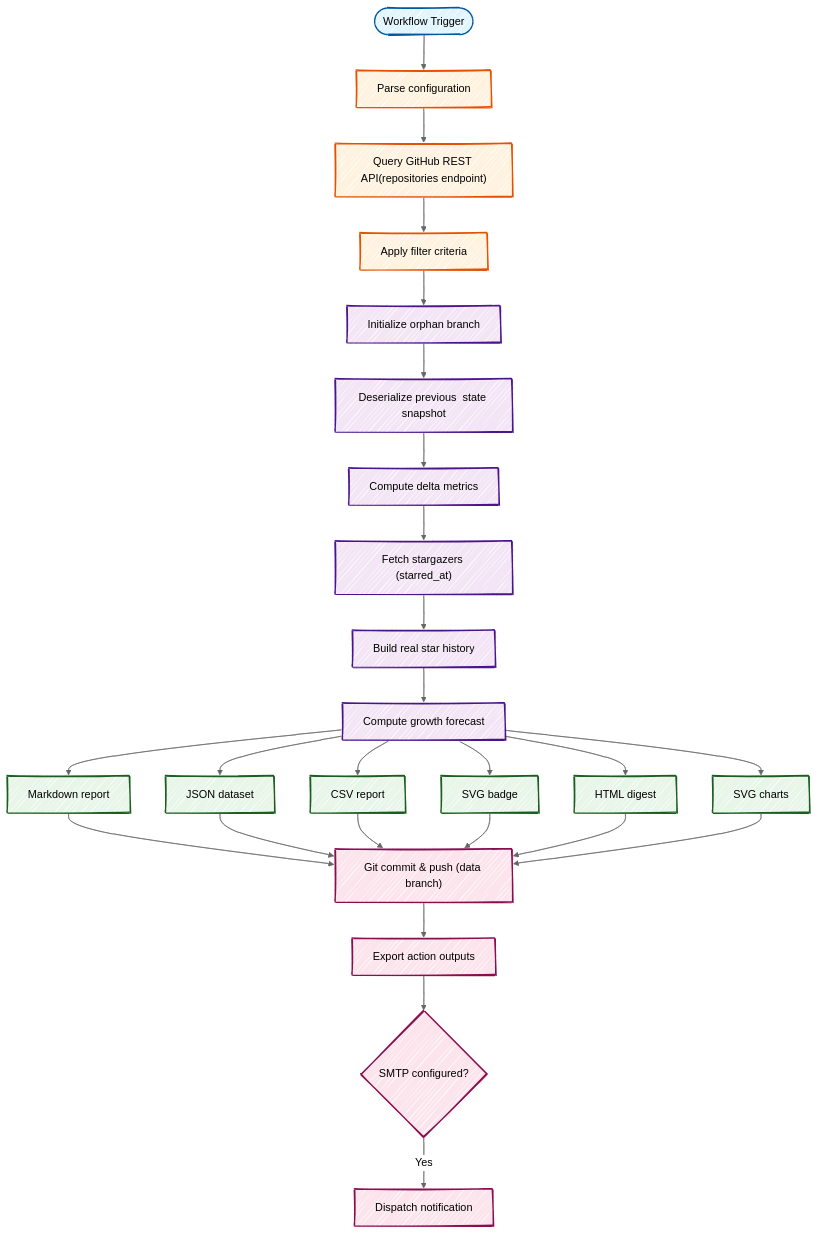
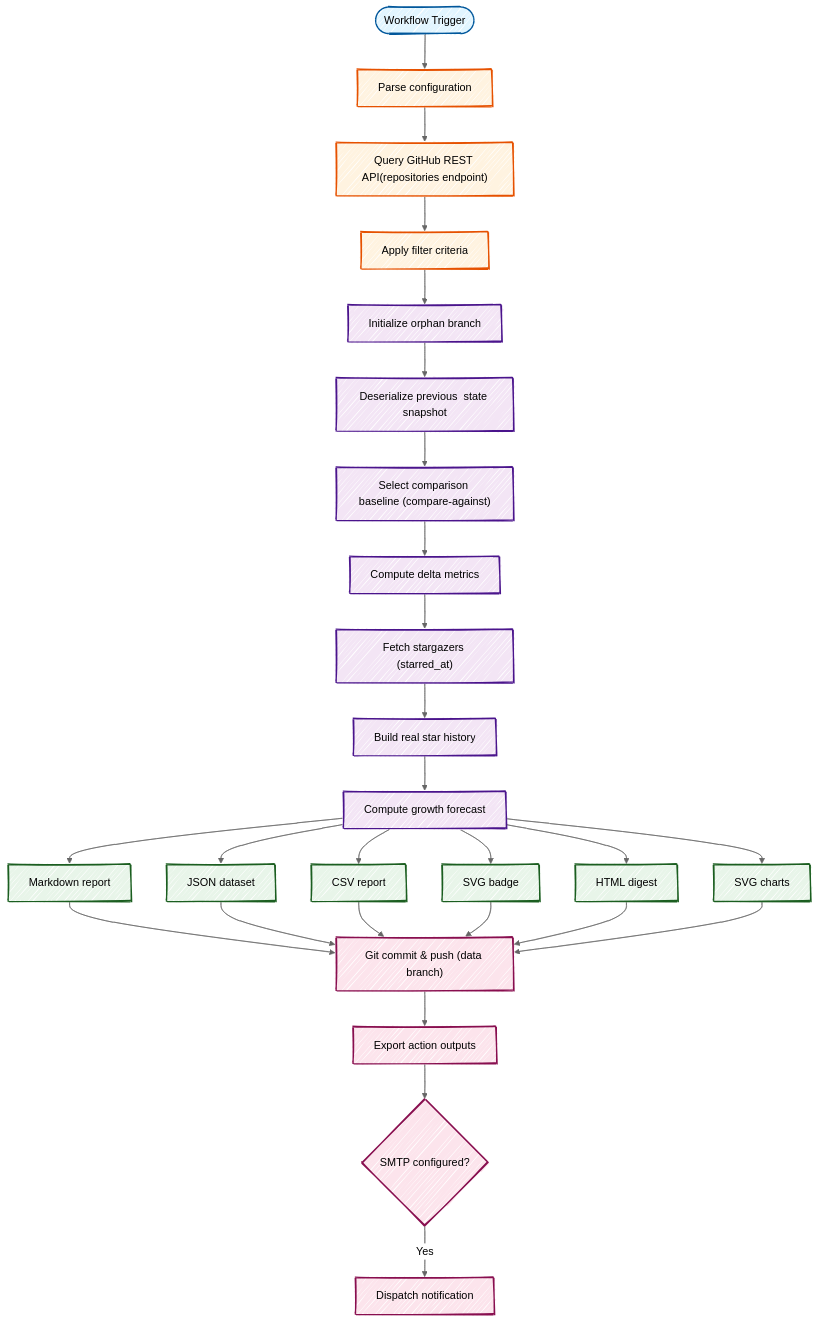
The diagram in docs/wiki/How-It-Works.md (fbuireu/github-star-tracker), drawn with Mermaid before and after one commit. The commit also changed other lines of this file and 62 other files, not shown here.

````diff
--- a/docs/wiki/How-It-Works.md
+++ b/docs/wiki/How-It-Works.md
@@ -7,56 +7,58 @@
 ```mermaid
 ---
 config:
   look: handDrawn
   theme: neutral
 ---
 flowchart TD
     trigger(["Workflow Trigger"])
     config["Parse configuration"]
     fetch["Query GitHub REST API(repositories endpoint)"]
     filter["Apply filter criteria"]
     init["Initialize orphan branch"]
     read["Deserialize previous  state snapshot"]
+    baseline["Select comparison baseline (compare-against)"]
     compare["Compute delta metrics"]
     stargazers["Fetch stargazers (starred_at)"]
     history["Build real star history"]
     forecast["Compute growth forecast"]
     md["Markdown report"]
     json["JSON dataset"]
     csv["CSV report"]
     svg["SVG badge"]
     html["HTML digest"]
     charts["SVG charts"]
     commit["Git commit & push (data branch)"]
     setout["Export action outputs"]
     email{"SMTP configured?"}
     send["Dispatch notification"]
 
     trigger --> config --> fetch --> filter
-    filter --> init --> read --> compare
+    filter --> init --> read --> baseline --> compare
     compare --> stargazers --> history --> forecast
     forecast --> md & json & csv & svg & html & charts
     md & json & csv & svg & html & charts --> commit --> setout --> email
     email -->|Yes| send
 
     style trigger fill:#e1f5ff,stroke:#01579b,stroke-width:2px
     style config fill:#fff3e0,stroke:#e65100,stroke-width:2px
     style fetch fill:#fff3e0,stroke:#e65100,stroke-width:2px
     style filter fill:#fff3e0,stroke:#e65100,stroke-width:2px
     style init fill:#f3e5f5,stroke:#4a148c,stroke-width:2px
     style read fill:#f3e5f5,stroke:#4a148c,stroke-width:2px
+    style baseline fill:#f3e5f5,stroke:#4a148c,stroke-width:2px
     style compare fill:#f3e5f5,stroke:#4a148c,stroke-width:2px
     style stargazers fill:#f3e5f5,stroke:#4a148c,stroke-width:2px
     style history fill:#f3e5f5,stroke:#4a148c,stroke-width:2px
     style forecast fill:#f3e5f5,stroke:#4a148c,stroke-width:2px
     style md fill:#e8f5e9,stroke:#1b5e20,stroke-width:2px
     style json fill:#e8f5e9,stroke:#1b5e20,stroke-width:2px
     style csv fill:#e8f5e9,stroke:#1b5e20,stroke-width:2px
     style svg fill:#e8f5e9,stroke:#1b5e20,stroke-width:2px
     style html fill:#e8f5e9,stroke:#1b5e20,stroke-width:2px
     style charts fill:#e8f5e9,stroke:#1b5e20,stroke-width:2px
     style commit fill:#fce4ec,stroke:#880e4f,stroke-width:2px
     style setout fill:#fce4ec,stroke:#880e4f,stroke-width:2px
     style email fill:#fce4ec,stroke:#880e4f,stroke-width:2px
     style send fill:#fce4ec,stroke:#880e4f,stroke-width:2px
 ```
````
